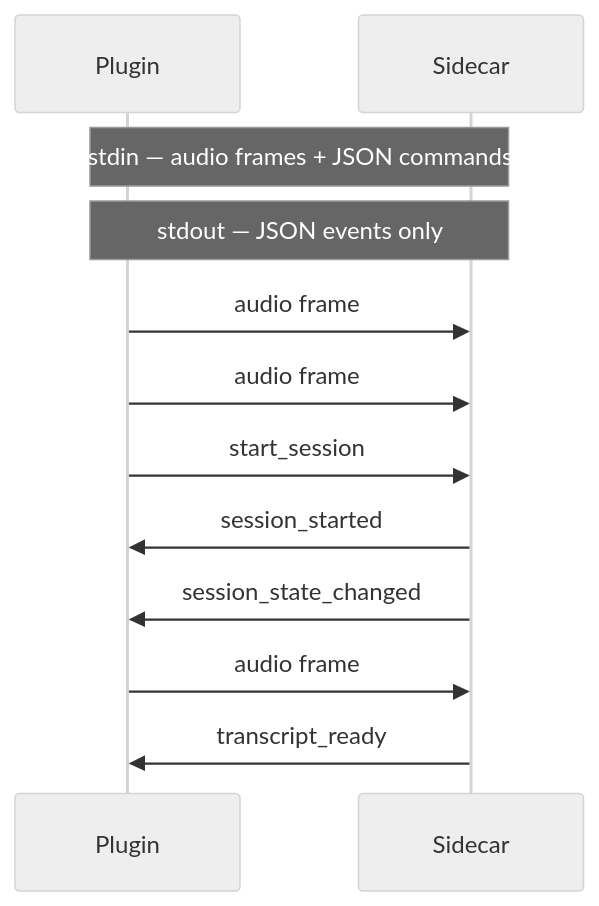
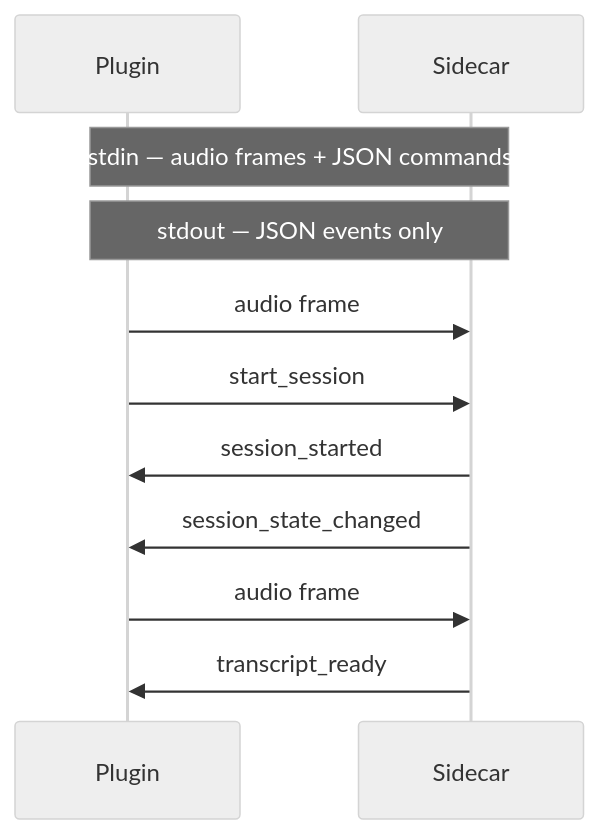
The third of 6 diagrams in docs/system-architecture.md (brittain9/local-dictation-obsidian-plugin), drawn with Mermaid (neutral theme) before and after one commit. The commit also changed other lines of this file and 23 other files, not shown here.

````diff
--- a/docs/system-architecture.md
+++ b/docs/system-architecture.md
@@ -118,16 +86,15 @@
 ```mermaid
 sequenceDiagram
     participant P as Plugin
     participant S as Sidecar
 
     Note over P,S: stdin — audio frames + JSON commands
     Note over P,S: stdout — JSON events only
 
     P->>S: audio frame
-    P->>S: audio frame
     P->>S: start_session
     S->>P: session_started
     S->>P: session_state_changed
     P->>S: audio frame
     S->>P: transcript_ready
 ```
````
